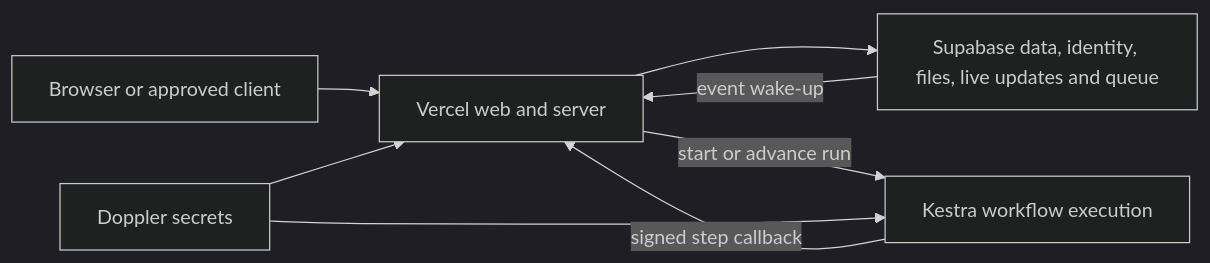
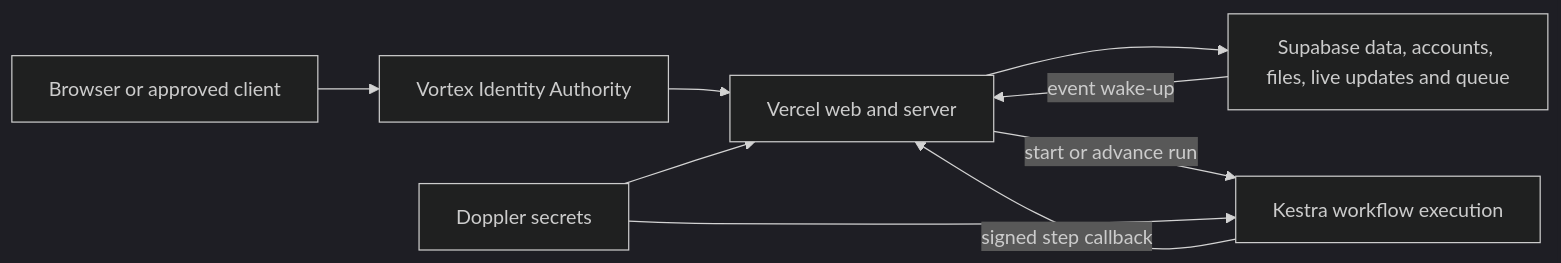
The first of 3 diagrams in docs/specification/17-runtime-storage-and-caching.md (Abzum-NZ/Abzum-Vortex), drawn with Mermaid (dark theme) before and after one commit. The commit also changed other lines of this file and 21 other files, not shown here.

````diff
--- a/docs/specification/17-runtime-storage-and-caching.md
+++ b/docs/specification/17-runtime-storage-and-caching.md
@@ -15,10 +15,11 @@
 ```mermaid
 flowchart LR
-    PERSON[Browser or approved client] --> VERCEL[Vercel web and server]
-    VERCEL --> SUPA[Supabase data, identity, files, live updates and queue]
+    PERSON[Browser or approved client] --> IDP[Vortex Identity Authority]
+    IDP --> VERCEL[Vercel web and server]
+    VERCEL --> SUPA[Supabase data, accounts, files, live updates and queue]
     SUPA -->|event wake-up| VERCEL
     VERCEL -->|start or advance run| KESTRA[Kestra workflow execution]
     KESTRA -->|signed step callback| VERCEL
     DOPPLER[Doppler secrets] --> VERCEL
     DOPPLER --> KESTRA
 ```
````
